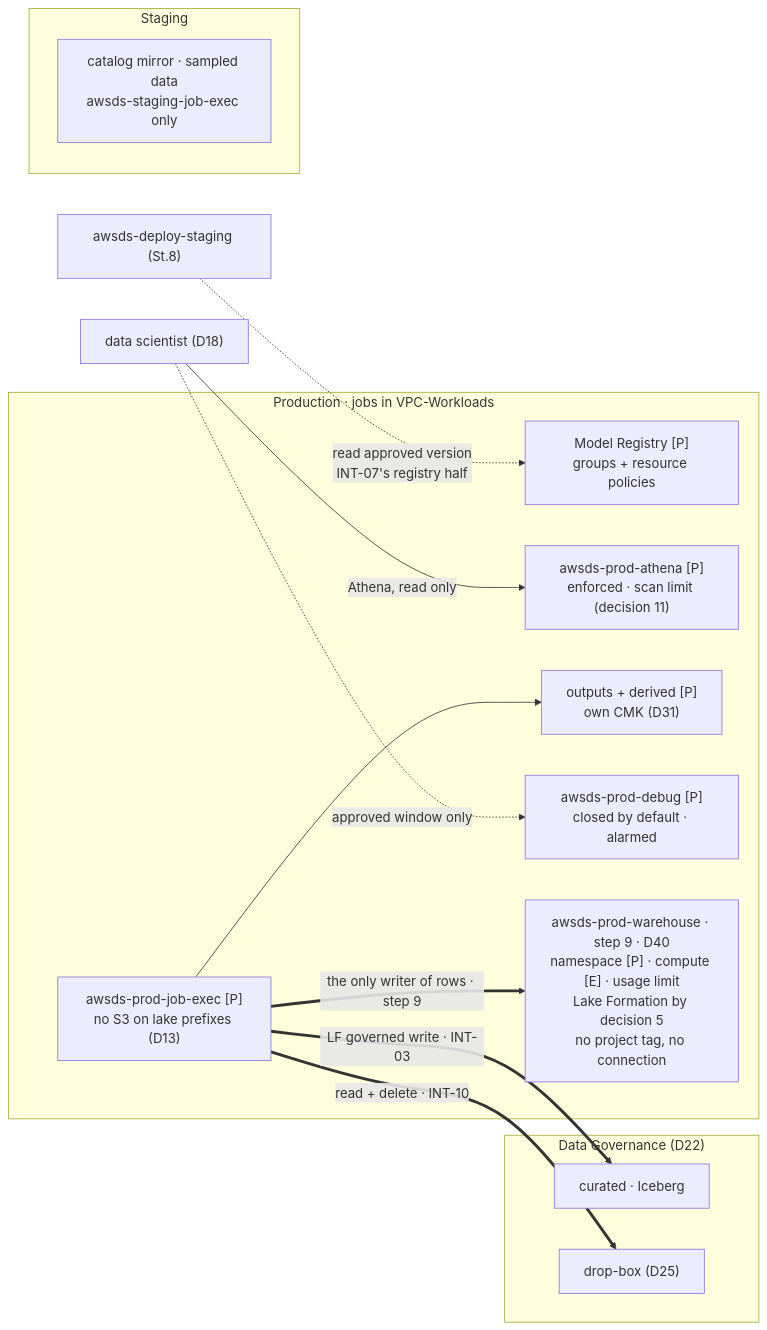
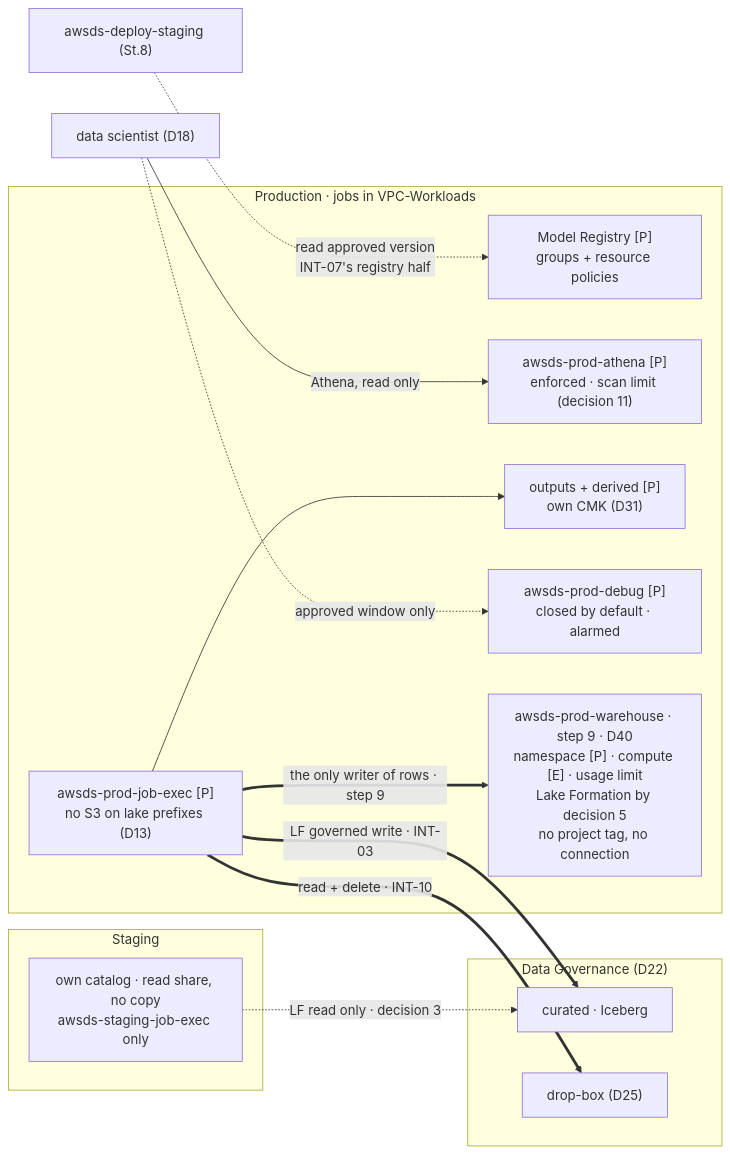
Before and after one commit to felipenoris/AWS-DataScience: the diagram in docs/plan/stages/stage-09-deployment-targets.md, drawn with Mermaid. The commit also changed other lines of this file and 6 other files, not shown here.

Commit message:
Stage 9 decisions 3 and 1 taken by the user: no mirror, a read-only share, nothing of Production's outputs in Staging

````diff
--- a/docs/plan/stages/stage-09-deployment-targets.md
+++ b/docs/plan/stages/stage-09-deployment-targets.md
@@ -61,25 +60,26 @@
 ```mermaid
 flowchart LR
     subgraph DG["Data Governance (D22)"]
         LAKE["curated · Iceberg"]
         BOX["drop-box (D25)"]
     end
     subgraph PRD["Production · jobs in VPC-Workloads"]
         JOB["awsds-prod-job-exec [P]<br/>no S3 on lake prefixes (D13)"]
         REG["Model Registry [P]<br/>groups + resource policies"]
         WG["awsds-prod-athena [P]<br/>enforced · scan limit (decision 11)"]
         OUT["outputs + derived [P]<br/>own CMK (D31)"]
         DBG["awsds-prod-debug [P]<br/>closed by default · alarmed"]
         WH["awsds-prod-warehouse · step 9 · D40<br/>namespace [P] · compute [E] · usage limit<br/>Lake Formation by decision 5<br/>no project tag, no connection"]
     end
     subgraph STG["Staging"]
-        MIR["catalog mirror · sampled data<br/>awsds-staging-job-exec only"]
+        MIR["own catalog · read share, no copy<br/>awsds-staging-job-exec only"]
     end
+    MIR -.->|"LF read only · decision 3"| LAKE
     JOB ==>|"LF governed write · INT-03"| LAKE
     JOB ==>|"read + delete · INT-10"| BOX
     JOB --> OUT
     JOB ==>|"the only writer of rows · step 9"| WH
     DS["data scientist (D18)"] -->|"Athena, read only"| WG
     DS -.->|"approved window only"| DBG
     SDR["awsds-deploy-staging (St.8)"] -.->|"read approved version<br/>INT-07's registry half"| REG
 ```
````
